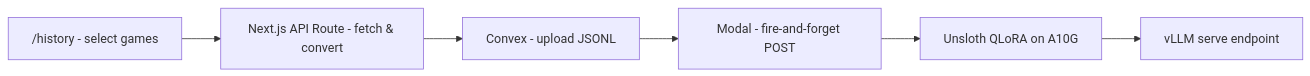
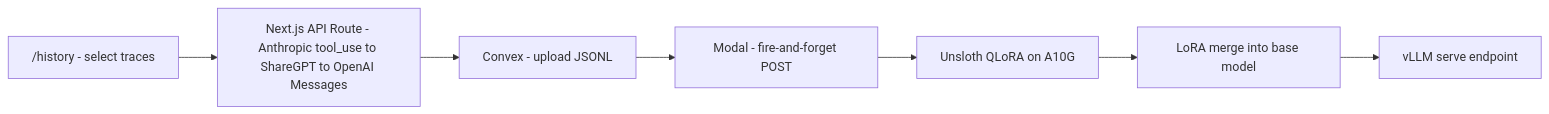
One commit to nibzard/browser-brawl changed the second of 2 diagrams in README.md. Above: the diagram before and after it, drawn with Mermaid.

Commit message:
Update SFT pipeline diagram: select traces, add conversion detail
- /history select games -> select traces
- Show conversion steps: Anthropic tool_use -> ShareGPT -> OpenAI Messages
- Add LoRA merge step before vLLM serve

````diff
--- a/README.md
+++ b/README.md
@@ -91,4 +91,4 @@
 ```mermaid
 flowchart LR
-  H["/history - select games"] --> S["Next.js API Route - fetch & convert"] --> FS["Convex - upload JSONL"] --> K["Modal - fire-and-forget POST"] --> TR["Unsloth QLoRA on A10G"] --> SV["vLLM serve endpoint"]
+  H["/history - select traces"] --> S["Next.js API Route - Anthropic tool_use to ShareGPT to OpenAI Messages"] --> FS["Convex - upload JSONL"] --> K["Modal - fire-and-forget POST"] --> TR["Unsloth QLoRA on A10G"] --> MG["LoRA merge into base model"] --> SV["vLLM serve endpoint"]
 ```
````
